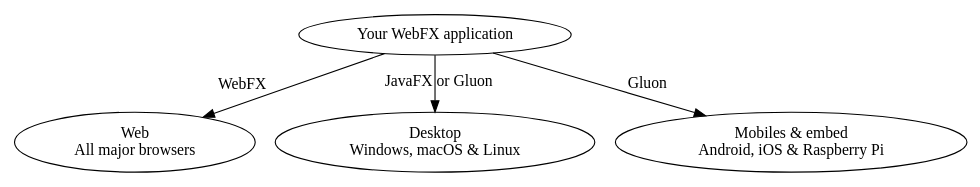
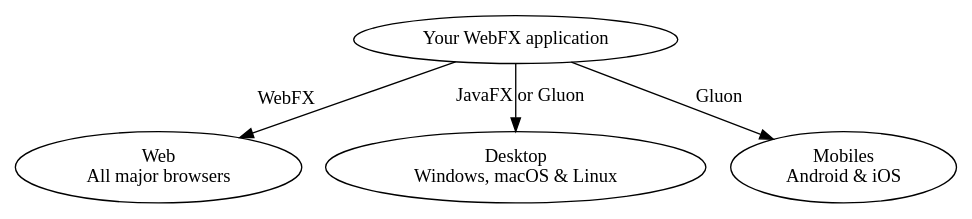
One commit to webfx-project/webfx-docs changed the second of 5 diagrams in src/main/asciidoc/WebFX.adoc. Above: the diagram before and after it, drawn with Graphviz.

Commit message:
Removed "Raspberry Pi" from the graphic otherwise it's too large

```diff
--- a/src/main/asciidoc/WebFX.adoc
+++ b/src/main/asciidoc/WebFX.adoc
@@ -71,9 +71,8 @@
 [graphviz, format=svg, opts="inline"]
 ----
 digraph {
-    size="10,3!"; ratio="compress";
     "Your WebFX application" -> "Web\nAll major browsers" [headlabel="WebFX" labeldistance=4.5 labelangle=20];
     "Your WebFX application" -> "Desktop\nWindows, macOS & Linux" [headlabel="JavaFX or Gluon" labeldistance=2.7 labelangle=-7];
-    "Your WebFX application" -> "Mobiles & embed\nAndroid, iOS & Raspberry Pi" [label="Gluon"];
+    "Your WebFX application" -> "Mobiles\nAndroid & iOS" [label="Gluon"];
 }
 ----
```
